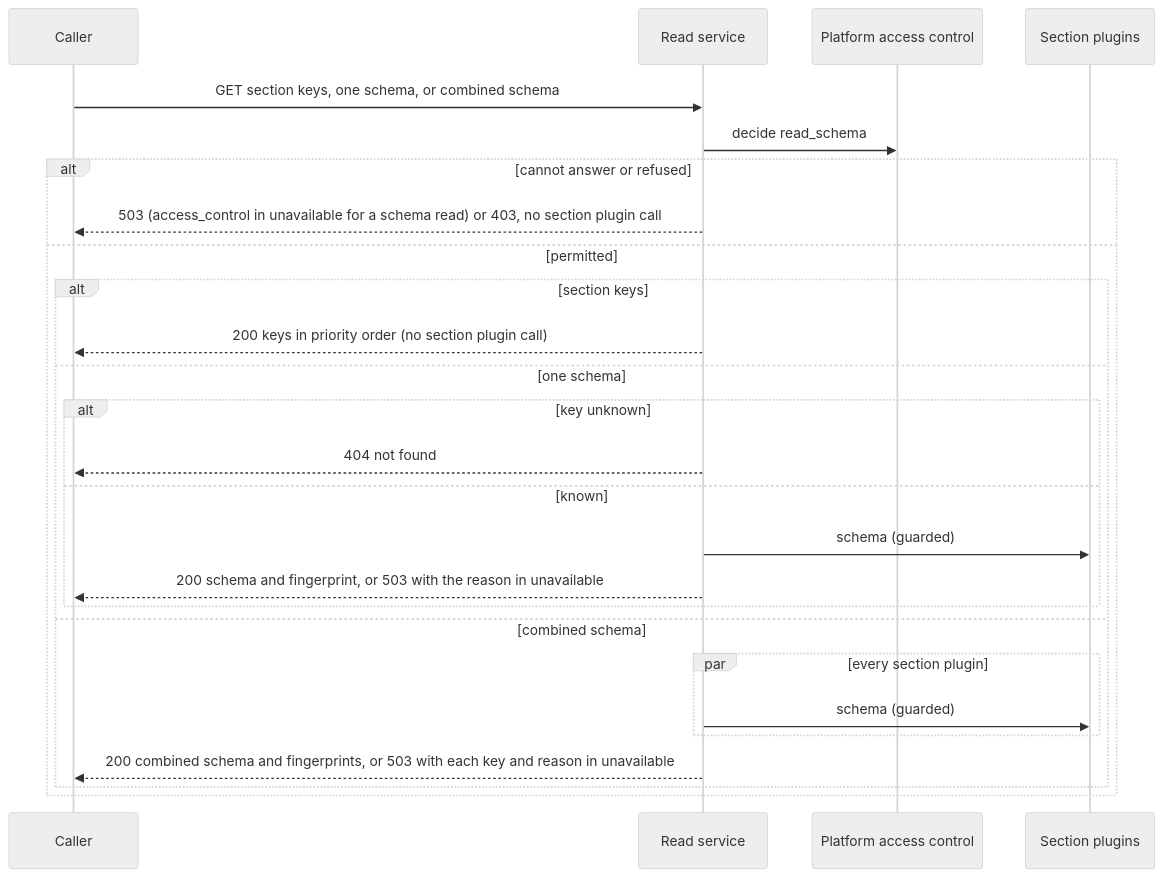
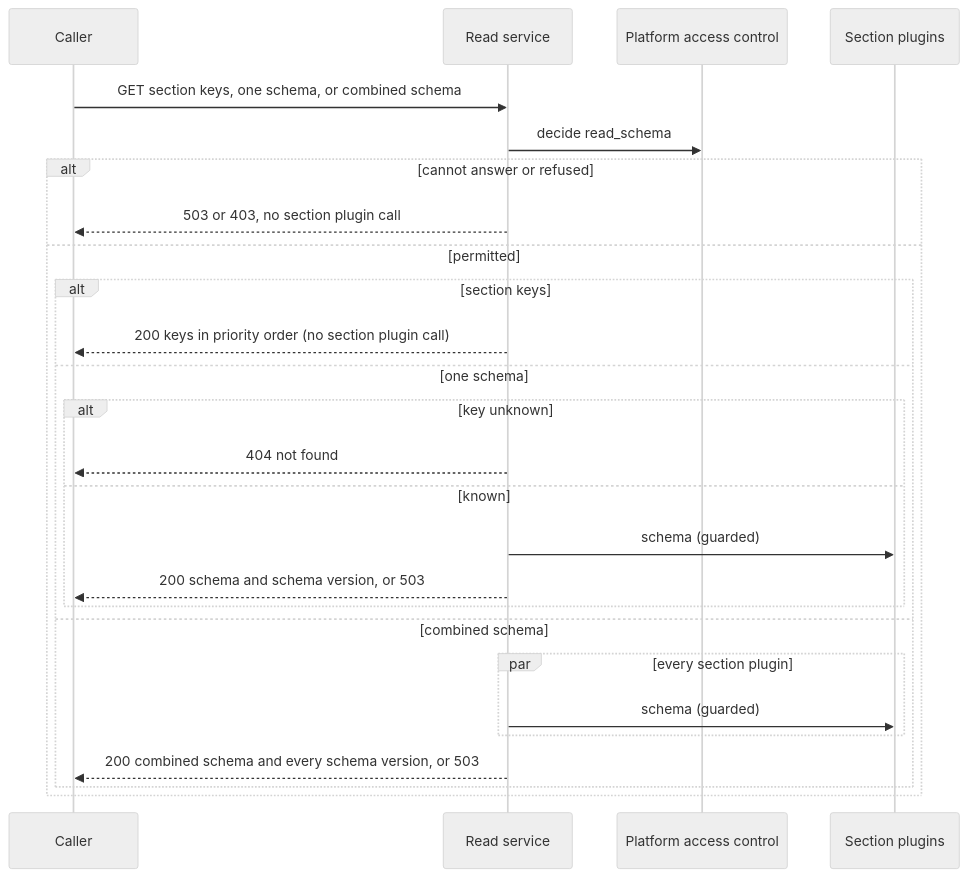
One commit to constructorfabric/gears-rust changed diagram 11 of 12 in gears/system/application-manager/docs/DESIGN.md. Above: the diagram before and after it, drawn with Mermaid (neutral theme). The commit also changed other lines of this file and 8 other files, not shown here.

````diff
--- a/gears/system/application-manager/docs/DESIGN.md
+++ b/gears/system/application-manager/docs/DESIGN.md
@@ -1188,28 +1394,28 @@
 ```mermaid
 sequenceDiagram
     participant C as Caller
     participant RS as Read service
     participant PDP as Platform access control
     participant P as Section plugins
     C ->> RS: GET section keys, one schema, or combined schema
     RS ->> PDP: decide read_schema
     alt cannot answer or refused
-        RS -->> C: 503 (access_control in unavailable for a schema read) or 403, no section plugin call
+        RS -->> C: 503 or 403, no section plugin call
     else permitted
         alt section keys
             RS -->> C: 200 keys in priority order (no section plugin call)
         else one schema
             alt key unknown
                 RS -->> C: 404 not found
             else known
                 RS ->> P: schema (guarded)
-                RS -->> C: 200 schema and fingerprint, or 503 with the reason in unavailable
+                RS -->> C: 200 schema and schema version, or 503
             end
         else combined schema
             par every section plugin
                 RS ->> P: schema (guarded)
             end
-            RS -->> C: 200 combined schema and fingerprints, or 503 with each key and reason in unavailable
+            RS -->> C: 200 combined schema and every schema version, or 503
         end
     end
 ```
````
